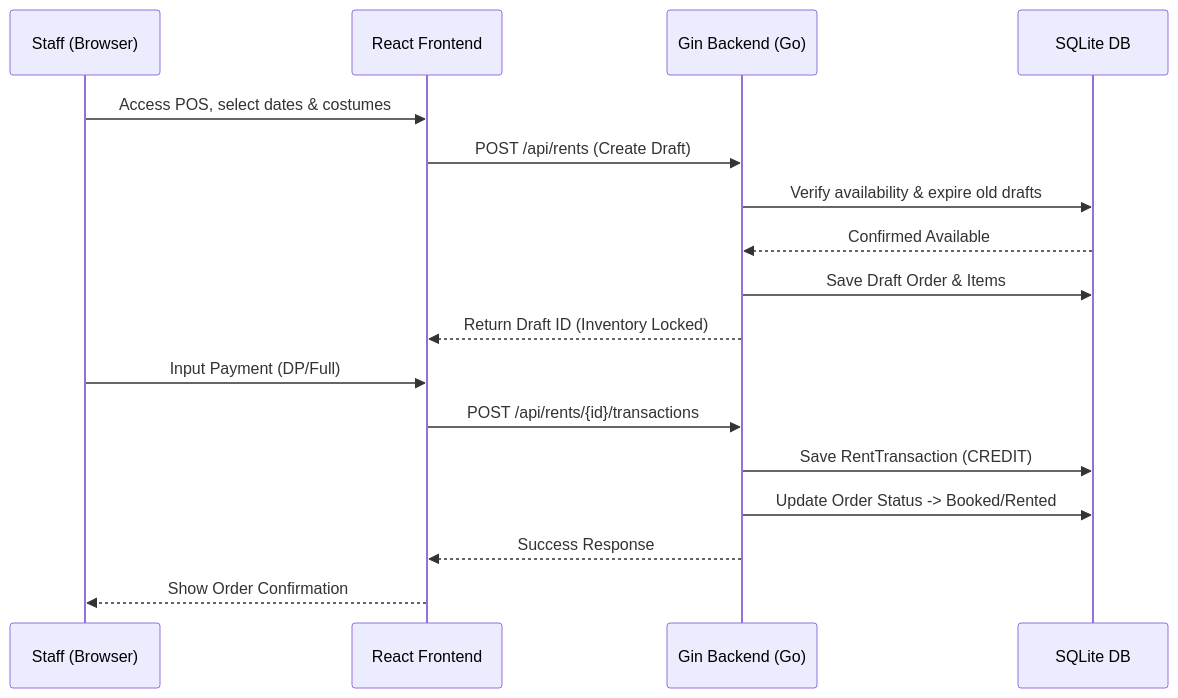
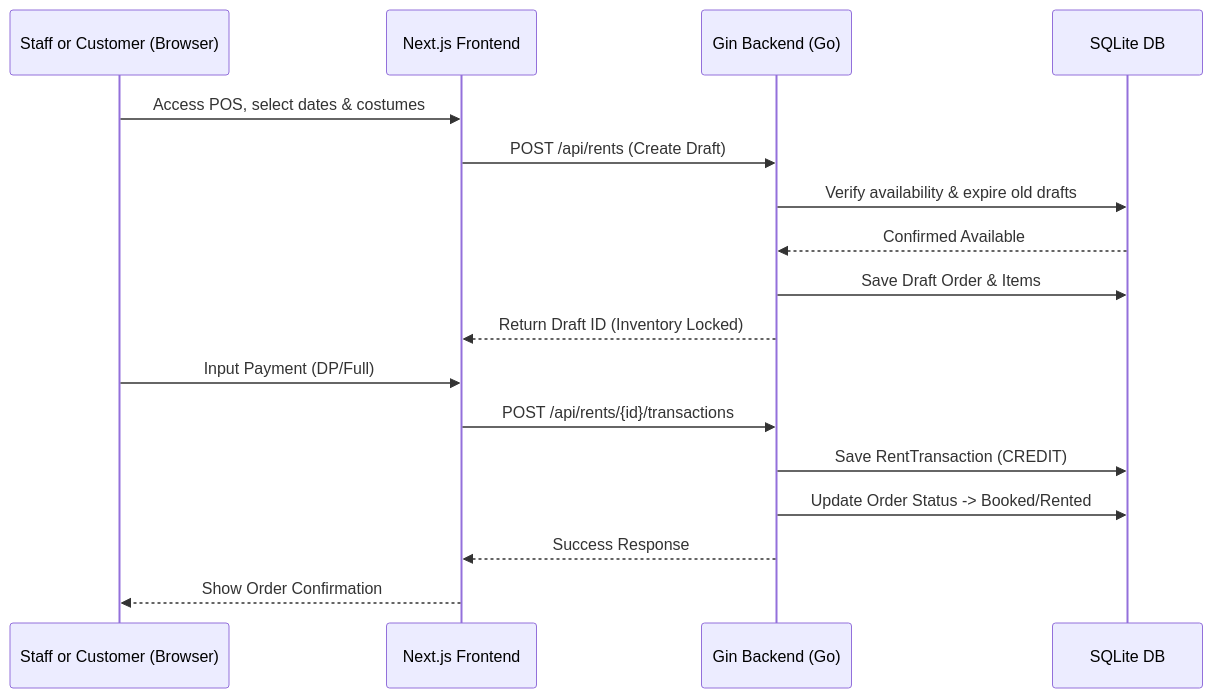
One commit to fzuhdi/Costume-Rent changed the first of 2 diagrams in ARCHITECTURE.md. Above: the diagram before and after it, drawn with Mermaid. The commit also changed other lines of this file and 58 other files, not shown here.

````diff
--- a/ARCHITECTURE.md
+++ b/ARCHITECTURE.md
@@ -7,21 +7,21 @@
 ```mermaid
 sequenceDiagram
-    participant S as Staff (Browser)
-    participant F as React Frontend
+    participant S as Staff or Customer (Browser)
+    participant F as Next.js Frontend
     participant B as Gin Backend (Go)
     participant D as SQLite DB
 
     S->>F: Access POS, select dates & costumes
     F->>B: POST /api/rents (Create Draft)
     B->>D: Verify availability & expire old drafts
     D-->>B: Confirmed Available
     B->>D: Save Draft Order & Items
     B-->>F: Return Draft ID (Inventory Locked)
     
     S->>F: Input Payment (DP/Full)
     F->>B: POST /api/rents/{id}/transactions
     B->>D: Save RentTransaction (CREDIT)
     B->>D: Update Order Status -> Booked/Rented
     B-->>F: Success Response
     F-->>S: Show Order Confirmation
 ```
````
